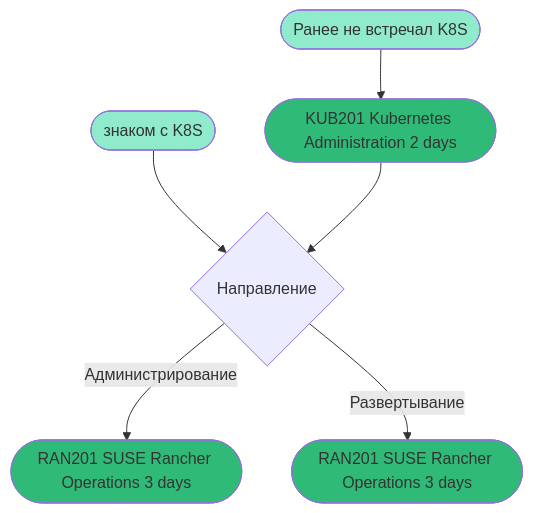
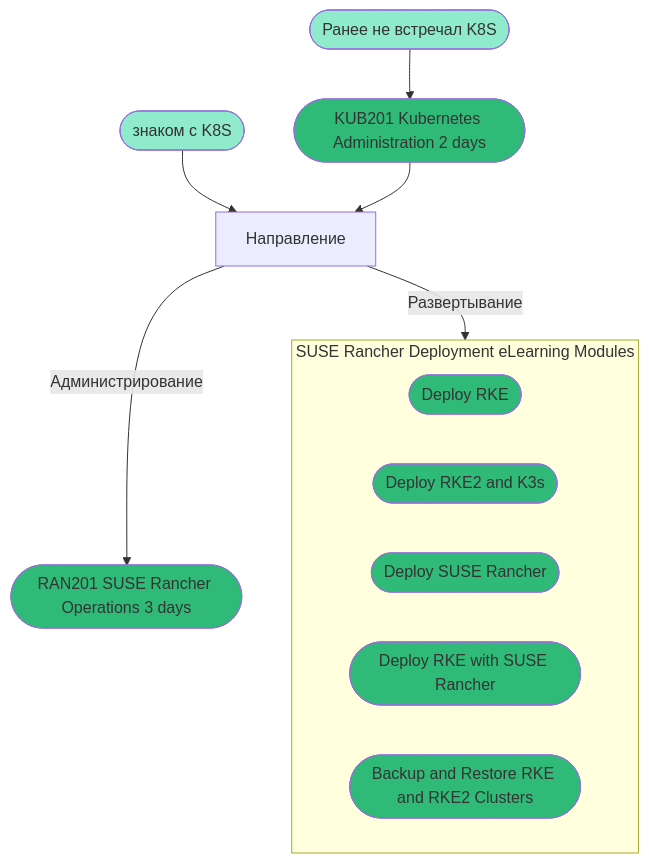
The diagram in Rancher-cource.md (dff1980/documentation), drawn with Mermaid before and after one commit.

````diff
--- a/Rancher-cource.md
+++ b/Rancher-cource.md
@@ -2,14 +2,26 @@
 ```mermaid
 flowchart TB
 style id10 fill:#90EBCD
 style id11 fill:#90EBCD
 style id1 fill:#30BA78
 style id2 fill:#30BA78
 style id3 fill:#30BA78
+style id4 fill:#30BA78
+style id5 fill:#30BA78
+style id6 fill:#30BA78
+style id7 fill:#30BA78
+
 
   id10([Ранее не встречал K8S]) --> id1([KUB201 Kubernetes Administration 2 days])
-  id11([знаком с K8S]) --> id20{Направление}
+  id11([знаком с K8S]) --> id20[Направление]
   id1 --> id20
   id20 --> |Администрирование| id2([RAN201 SUSE Rancher Operations 3 days])
-  id20 --> |Развертывание| id3([RAN201 SUSE Rancher Operations 3 days])
+  id20 --> |Развертывание| d30
+  subgraph d30 [SUSE Rancher Deployment eLearning Modules]
+    id3([Deploy RKE])
+    id4([Deploy RKE2 and K3s])
+    id5([Deploy SUSE Rancher])
+    id6([Deploy RKE with SUSE Rancher])
+    id7([Backup and Restore RKE and RKE2 Clusters])
+  end
 ```
````
